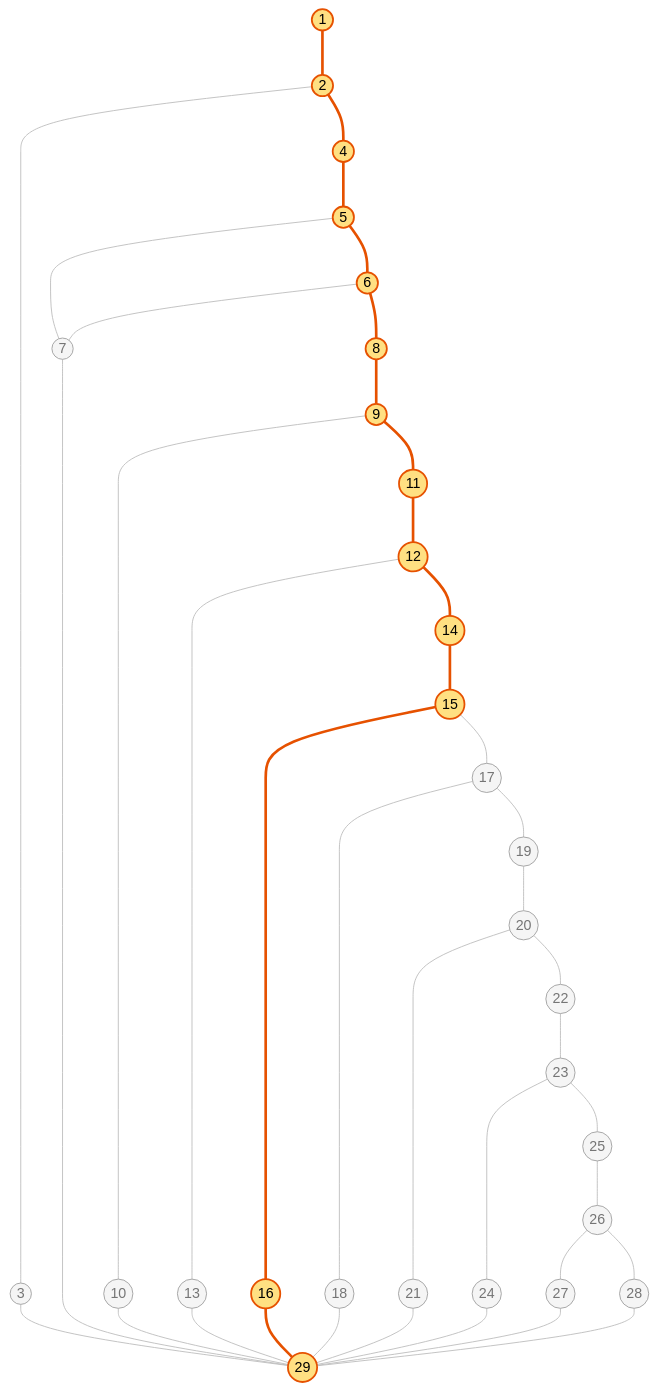
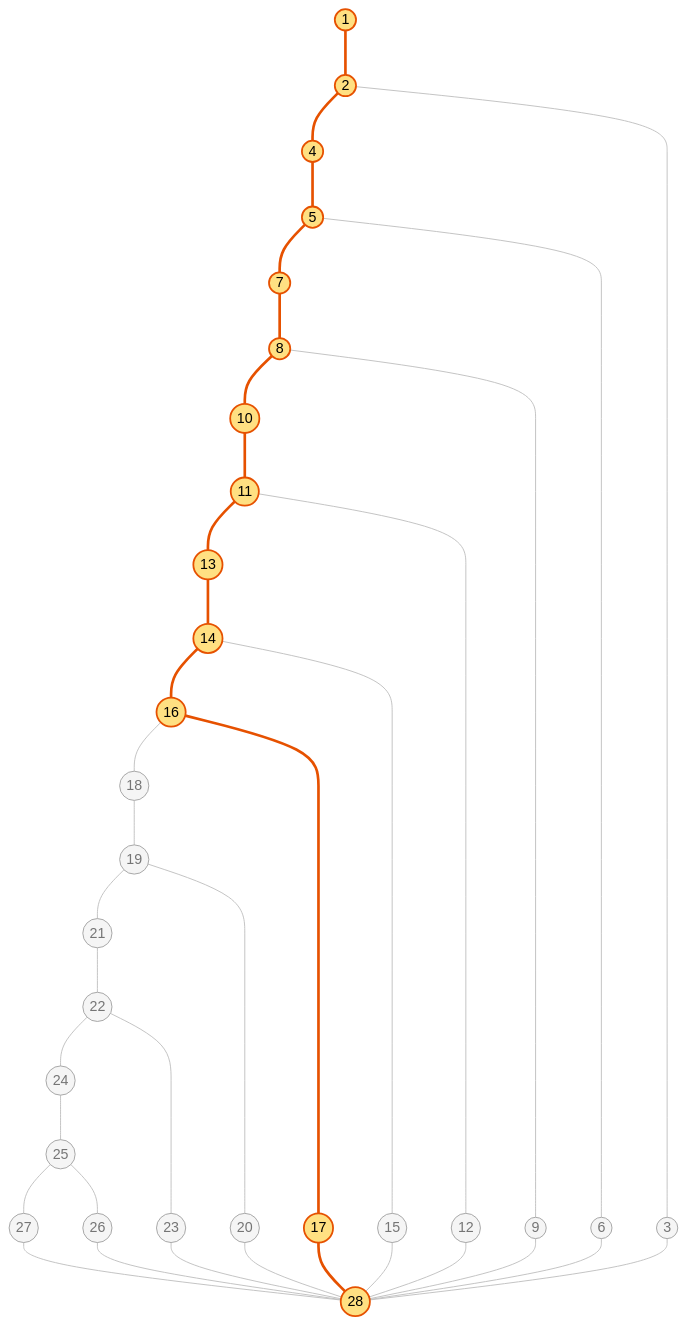
The seventh of 11 diagrams in tests/docs/caja_blanca_01_enviar_flag.md (bloedige/itdb_ctf), drawn with Mermaid before and after one commit. The commit also changed other lines of this file and 47 other files, not shown here.

````diff
--- a/tests/docs/caja_blanca_01_enviar_flag.md
+++ b/tests/docs/caja_blanca_01_enviar_flag.md
@@ -401,46 +414,44 @@
 ```mermaid
 graph TD
     n1((1)) --- n2((2))
-    n2 --- n3((3))
-    n3 --- n29((29))
     n2 --- n4((4))
     n4 --- n5((5))
     n5 --- n7((7))
-    n7 --- n29
+    n7 --- n8((8))
+    n8 --- n10((10))
+    n10 --- n11((11))
+    n11 --- n13((13))
+    n13 --- n14((14))
+    n14 --- n16((16))
+    n16 --- n18((18))
+    n18 --- n19((19))
+    n19 --- n21((21))
+    n21 --- n22((22))
+    n22 --- n24((24))
+    n24 --- n25((25))
+    n25 --- n27((27))
+    n27 --- n28((28))
+    n25 --- n26((26))
+    n26 --- n28
+    n22 --- n23((23))
+    n23 --- n28
+    n19 --- n20((20))
+    n20 --- n28
+    n16 --- n17((17))
+    n17 --- n28
+    n14 --- n15((15))
+    n15 --- n28
+    n11 --- n12((12))
+    n12 --- n28
+    n8 --- n9((9))
+    n9 --- n28
     n5 --- n6((6))
-    n6 --- n7
-    n6 --- n8((8))
-    n8 --- n9((9))
-    n9 --- n10((10))
-    n10 --- n29
-    n9 --- n11((11))
-    n11 --- n12((12))
-    n12 --- n13((13))
-    n13 --- n29
-    n12 --- n14((14))
-    n14 --- n15((15))
-    n15 --- n16((16))
-    n16 --- n29
-    n15 --- n17((17))
-    n17 --- n18((18))
-    n18 --- n29
-    n17 --- n19((19))
-    n19 --- n20((20))
-    n20 --- n21((21))
-    n21 --- n29
-    n20 --- n22((22))
-    n22 --- n23((23))
-    n23 --- n24((24))
-    n24 --- n29
-    n23 --- n25((25))
-    n25 --- n26((26))
-    n26 --- n27((27))
-    n27 --- n29
-    n26 --- n28((28))
-    n28 --- n29
+    n6 --- n28
+    n2 --- n3((3))
+    n3 --- n28
     classDef default fill:#f5f5f5,stroke:#9e9e9e,color:#757575
     classDef camino fill:#ffe082,stroke:#e65100,stroke-width:2px,color:#000
-    class n1,n2,n4,n5,n6,n8,n9,n11,n12,n14,n15,n16,n29 camino
+    class n1,n2,n4,n5,n7,n8,n10,n11,n13,n14,n16,n17,n28 camino
     linkStyle default stroke:#bdbdbd,stroke-width:1px
-    linkStyle 0,3,4,7,9,10,13,14,17,18,19,20 stroke:#e65100,stroke-width:3px
+    linkStyle 0,1,2,3,4,5,6,7,8,9,24,25 stroke:#e65100,stroke-width:3px
 ```
````
